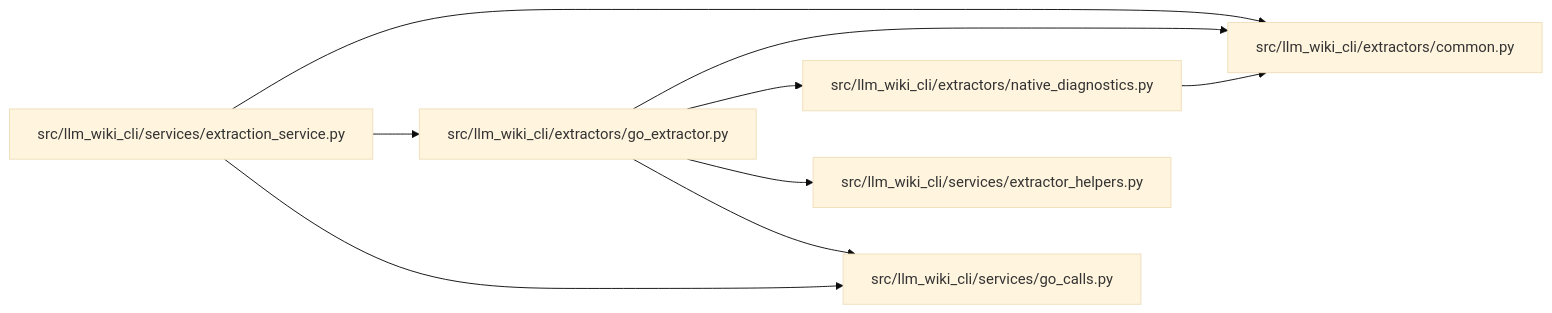
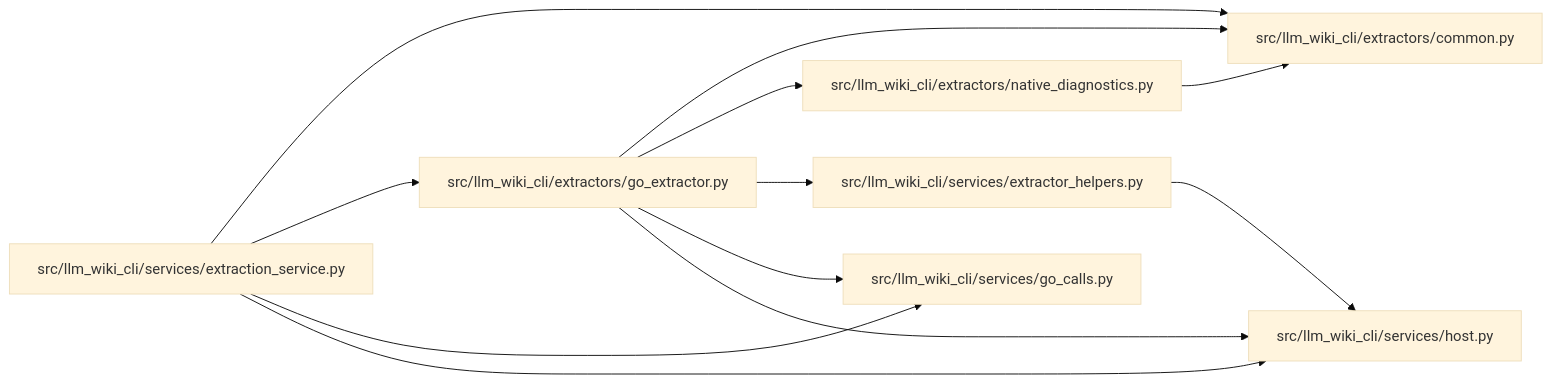
Before and after one commit to Denissvgn/python-wiki-llm: the diagram in docs/llm_wiki/modules/go_extractor.md, drawn with Mermaid (base theme). The commit also changed other lines of this file and 1555 other files, not shown here.

````diff
--- a/docs/llm_wiki/modules/go_extractor.md
+++ b/docs/llm_wiki/modules/go_extractor.md
@@ -38,23 +39,28 @@
 ```mermaid
 flowchart LR
     n0["src/llm_wiki_cli/extractors/common.py"]
     n1["src/llm_wiki_cli/extractors/go_extractor.py"]
     n2["src/llm_wiki_cli/extractors/native_diagnostics.py"]
     n3["src/llm_wiki_cli/services/extraction_service.py"]
     n4["src/llm_wiki_cli/services/extractor_helpers.py"]
     n5["src/llm_wiki_cli/services/go_calls.py"]
+    n6["src/llm_wiki_cli/services/host.py"]
     n1 --> n0
     n1 --> n2
     n1 --> n4
     n1 --> n5
+    n1 --> n6
     n2 --> n0
     n3 --> n0
     n3 --> n1
     n3 --> n5
+    n3 --> n6
+    n4 --> n6
     click n0 "../modules/common.md"
     click n1 "../modules/go_extractor.md"
     click n2 "../modules/native_diagnostics.md"
     click n3 "../modules/extraction_service.md"
     click n4 "../modules/extractor_helpers.md"
     click n5 "../modules/go_calls.md"
+    click n6 "../modules/host.md"
 ```
````
